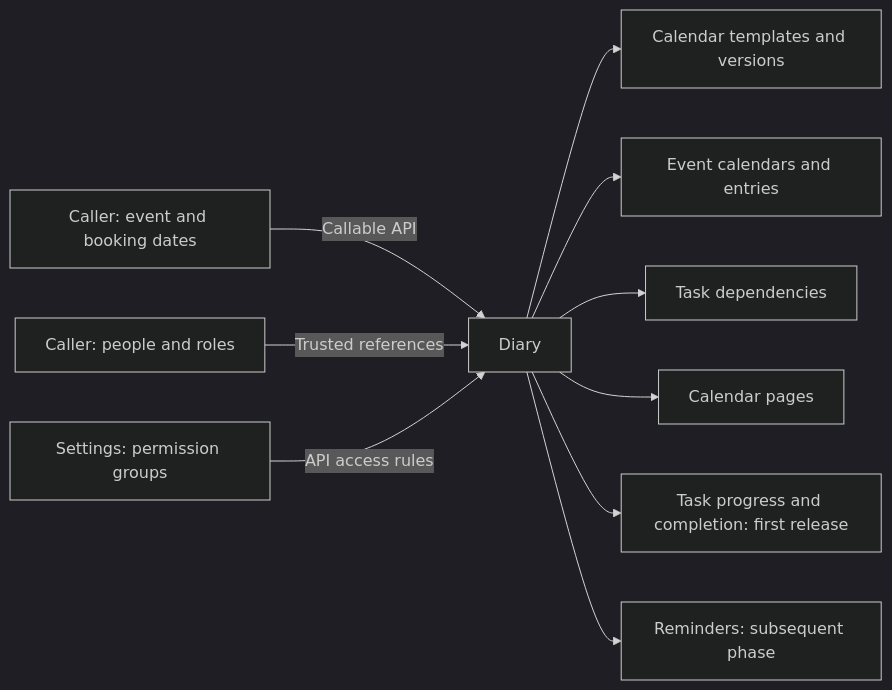
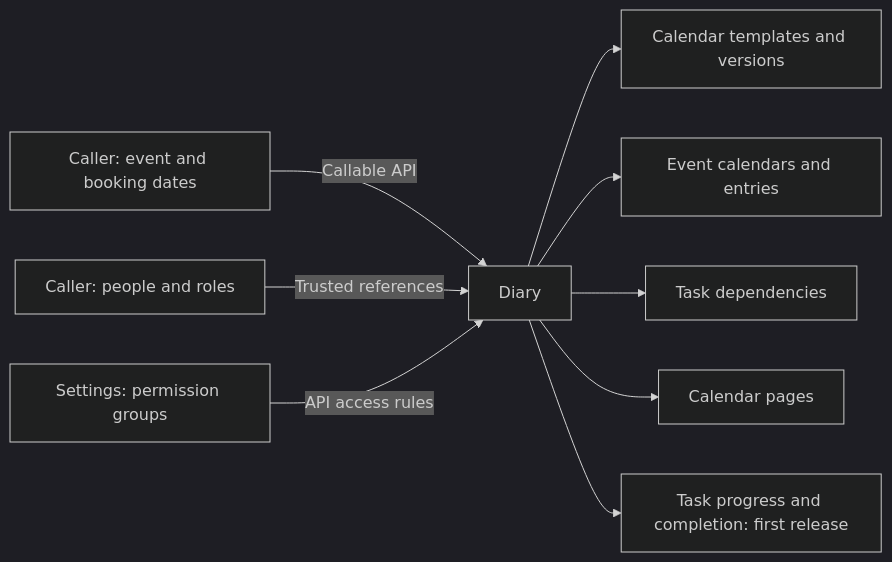
The first of 13 diagrams in docs/design/event-calendar.md (TonyFlury/GarageSale), drawn with Mermaid (dark theme) before and after one commit. The commit also changed other lines of this file, not shown here.

````diff
--- a/docs/design/event-calendar.md
+++ b/docs/design/event-calendar.md
@@ -153,12 +152,11 @@
 ```mermaid
 flowchart LR
     A[Caller: event and booking dates] -->|Callable API| D[Diary]
     B[Caller: people and roles] -->|Trusted references| D
     C[Settings: permission groups] -->|API access rules| D
     D --> E[Calendar templates and versions]
     D --> F[Event calendars and entries]
     D --> G[Task dependencies]
     D --> H[Calendar pages]
     D --> I[Task progress and completion: first release]
-    D --> J[Reminders: subsequent phase]
 ```
````
